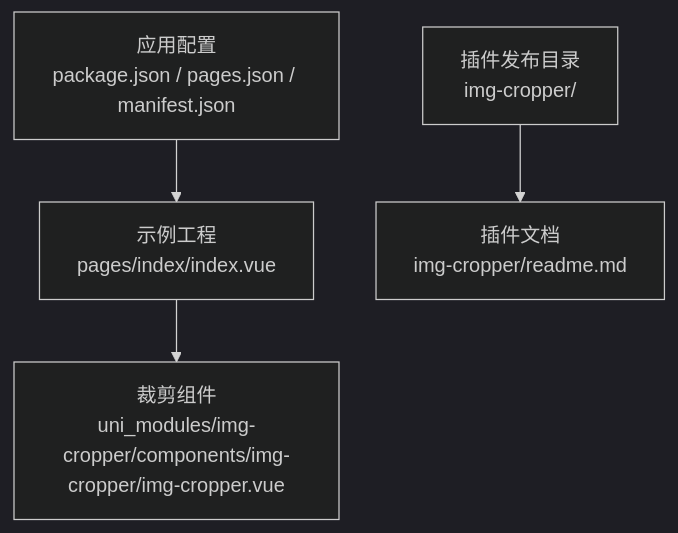
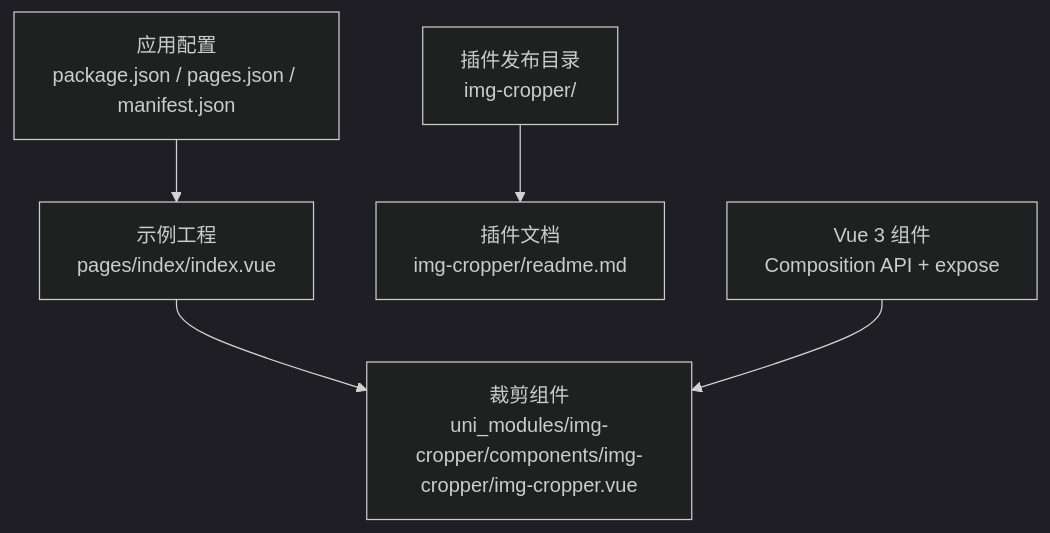
Before and after one commit to xyytwz/img-avatar-cropper: the second of 6 diagrams in .qoder/repowiki/zh/content/项目概述.md, drawn with Mermaid (dark theme). The commit also changed other lines of this file and 18 other files, not shown here.

````diff
--- a/.qoder/repowiki/zh/content/项目概述.md
+++ b/.qoder/repowiki/zh/content/项目概述.md
@@ -65,6 +173,7 @@
 ```mermaid
 graph TB
 A["示例工程<br/>pages/index/index.vue"] --> B["裁剪组件<br/>uni_modules/img-cropper/components/img-cropper/img-cropper.vue"]
 C["插件发布目录<br/>img-cropper/"] --> D["插件文档<br/>img-cropper/readme.md"]
 E["应用配置<br/>package.json / pages.json / manifest.json"] --> A
+F["Vue 3 组件<br/>Composition API + expose"] --> B
 ```
````
